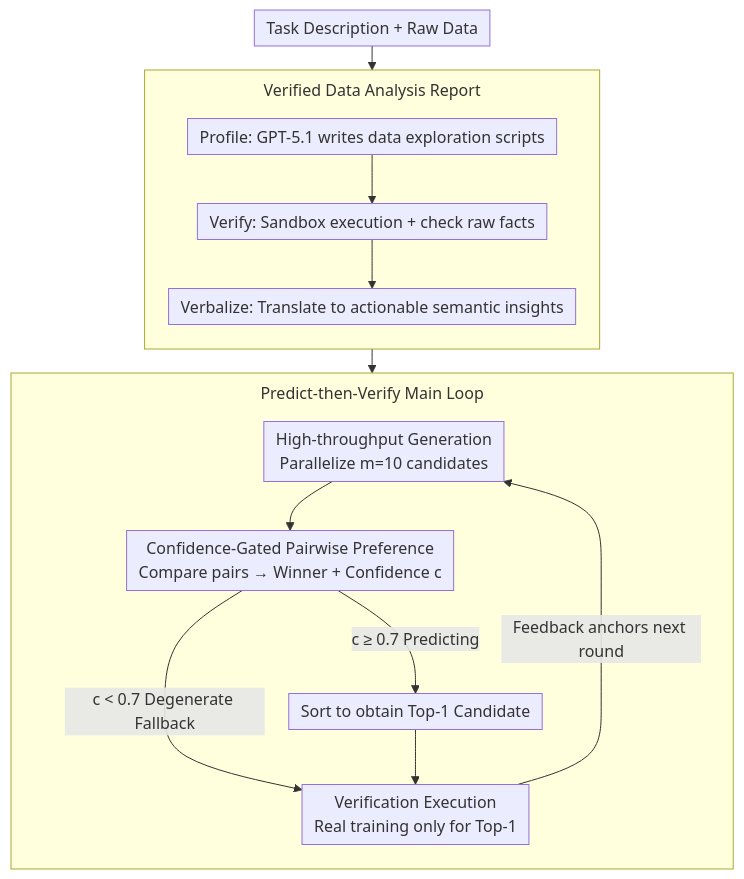
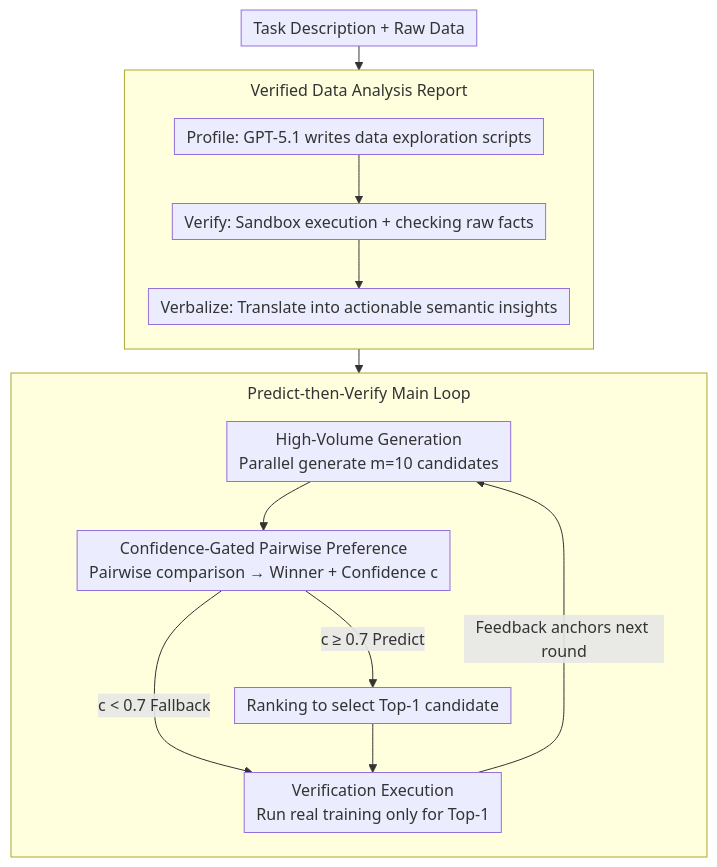
The diagram in docs/ACL2026/llm_evaluation/can_we_predict_before_executing_machine_learning_agents.md (zhaoyang97/Paper-Notes-en), drawn with Mermaid before and after one commit. The commit also changed other lines of this file and 5084 other files, not shown here.

````diff
--- a/docs/ACL2026/llm_evaluation/can_we_predict_before_executing_machine_learning_agents.md
+++ b/docs/ACL2026/llm_evaluation/can_we_predict_before_executing_machine_learning_agents.md
@@ -47,24 +47,24 @@
 ```mermaid
 %%{init: {'flowchart': {'rankSpacing': 24, 'nodeSpacing': 28, 'padding': 6, 'wrappingWidth': 400, 'subGraphTitleMargin': {'top': 8, 'bottom': 16}}}}%%
 flowchart TD
     IN["Task Description + Raw Data"]
     subgraph REP["Verified Data Analysis Report"]
         direction TB
-        P["Profile: GPT-5.1 writes data exploration scripts"] --> V["Verify: Sandbox execution + check raw facts"]
-        V --> B["Verbalize: Translate to actionable semantic insights"]
+        P["Profile: GPT-5.1 writes data exploration scripts"] --> V["Verify: Sandbox execution + checking raw facts"]
+        V --> B["Verbalize: Translate into actionable semantic insights"]
     end
     IN --> REP
     subgraph LOOP["Predict-then-Verify Main Loop"]
         direction TB
-        GEN["High-throughput Generation<br/>Parallelize m=10 candidates"]
-        PREF["Confidence-Gated Pairwise Preference<br/>Compare pairs → Winner + Confidence c"]
-        TOP["Sort to obtain Top-1 Candidate"]
-        EXEC["Verification Execution<br/>Real training only for Top-1"]
+        GEN["High-Volume Generation<br/>Parallel generate m=10 candidates"]
+        PREF["Confidence-Gated Pairwise Preference<br/>Pairwise comparison → Winner + Confidence c"]
+        TOP["Ranking to select Top-1 candidate"]
+        EXEC["Verification Execution<br/>Run real training only for Top-1"]
         GEN --> PREF
-        PREF -->|"c ≥ 0.7 Predicting"| TOP
-        PREF -->|"c < 0.7 Degenerate Fallback"| EXEC
+        PREF -->|"c ≥ 0.7 Predict"| TOP
+        PREF -->|"c < 0.7 Fallback"| EXEC
         TOP --> EXEC
         EXEC -->|"Feedback anchors next round"| GEN
     end
     REP --> PREF
 ```
````
